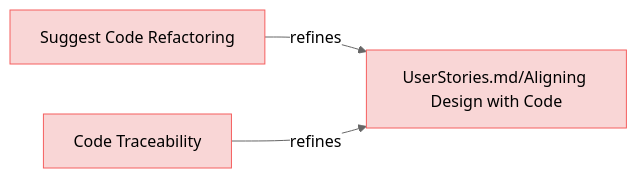
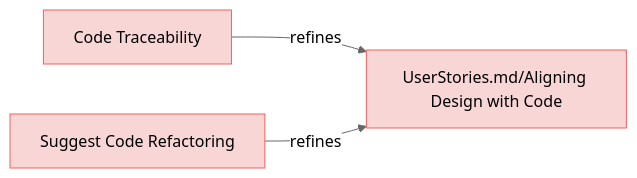
Before and after one commit to reqvire-org/reqvire: the second of 9 diagrams in specifications/UserRequirements.md, drawn with Mermaid (neutral theme). The commit also changed other lines of this file and 160 other files, not shown here.

````diff
--- a/specifications/UserRequirements.md
+++ b/specifications/UserRequirements.md
@@ -107,20 +107,20 @@
 ```mermaid
 graph LR;
   %% Graph styling
   classDef requirement fill:#f9d6d6,stroke:#f55f5f,stroke-width:1px;
   classDef verification fill:#d6f9d6,stroke:#5fd75f,stroke-width:1px;
   classDef externalLink fill:#d0e0ff,stroke:#3080ff,stroke-width:1px;
   classDef default fill:#f5f5f5,stroke:#333333,stroke-width:1px;
 
-  3e1922f7db183ab0["Suggest Code Refactoring"];
-  click 3e1922f7db183ab0 "https://github.com/ilijaljubicic/ReqFlow/blob/73d5ae1d93adea71fdf4cc508be4d1ae09be068f/specifications/UserRequirements.md#suggest-code-refactoring";
-  class 3e1922f7db183ab0 requirement;
-  8bcbfc64008114c9["UserStories.md/Aligning Design with Code"];
-  class 8bcbfc64008114c9 requirement;
-  click 8bcbfc64008114c9 "https://github.com/ilijaljubicic/ReqFlow/blob/73d5ae1d93adea71fdf4cc508be4d1ae09be068f/specifications/UserStories.md#aligning-design-with-code";
-  3e1922f7db183ab0 -->|refines| 8bcbfc64008114c9;
-  ee212ffe5248cf1a["Code Traceability"];
-  click ee212ffe5248cf1a "https://github.com/ilijaljubicic/ReqFlow/blob/73d5ae1d93adea71fdf4cc508be4d1ae09be068f/specifications/UserRequirements.md#code-traceability";
-  class ee212ffe5248cf1a requirement;
-  ee212ffe5248cf1a -->|refines| 8bcbfc64008114c9;
+  47469d8977723944["Code Traceability"];
+  click 47469d8977723944 "https://github.com/ilijaljubicic/Reqvire/blob/8a68ca1eab81bac7964085e47777a0a92447c6a5/specifications/UserRequirements.md#code-traceability";
+  class 47469d8977723944 requirement;
+  3aa9c1e4906c1b45["UserStories.md/Aligning Design with Code"];
+  class 3aa9c1e4906c1b45 requirement;
+  click 3aa9c1e4906c1b45 "https://github.com/ilijaljubicic/Reqvire/blob/8a68ca1eab81bac7964085e47777a0a92447c6a5/specifications/UserStories.md#aligning-design-with-code";
+  47469d8977723944 -->|refines| 3aa9c1e4906c1b45;
+  ab1a0f0272cfb90b["Suggest Code Refactoring"];
+  click ab1a0f0272cfb90b "https://github.com/ilijaljubicic/Reqvire/blob/8a68ca1eab81bac7964085e47777a0a92447c6a5/specifications/UserRequirements.md#suggest-code-refactoring";
+  class ab1a0f0272cfb90b requirement;
+  ab1a0f0272cfb90b -->|refines| 3aa9c1e4906c1b45;
 ```
````
